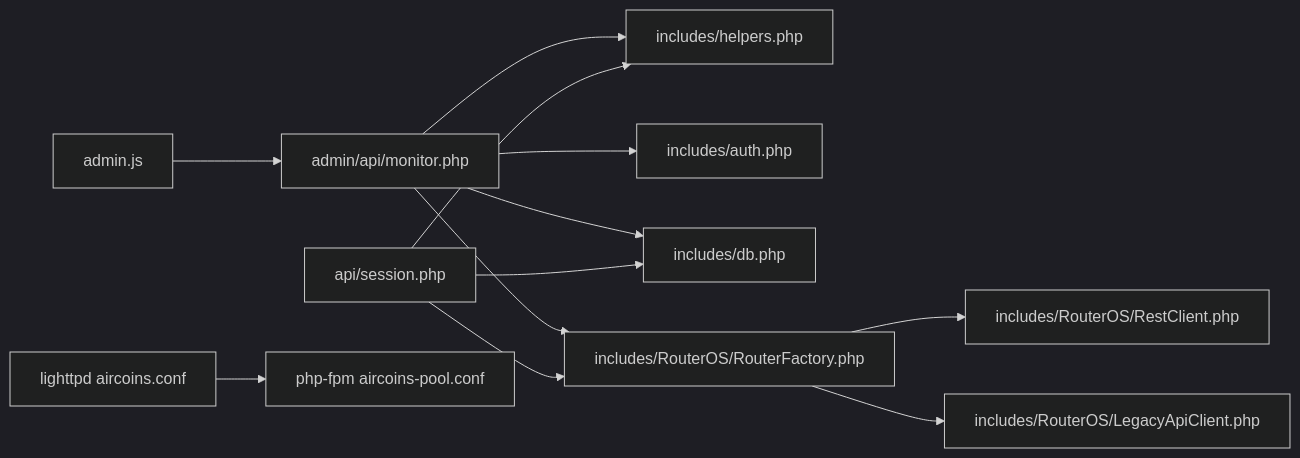
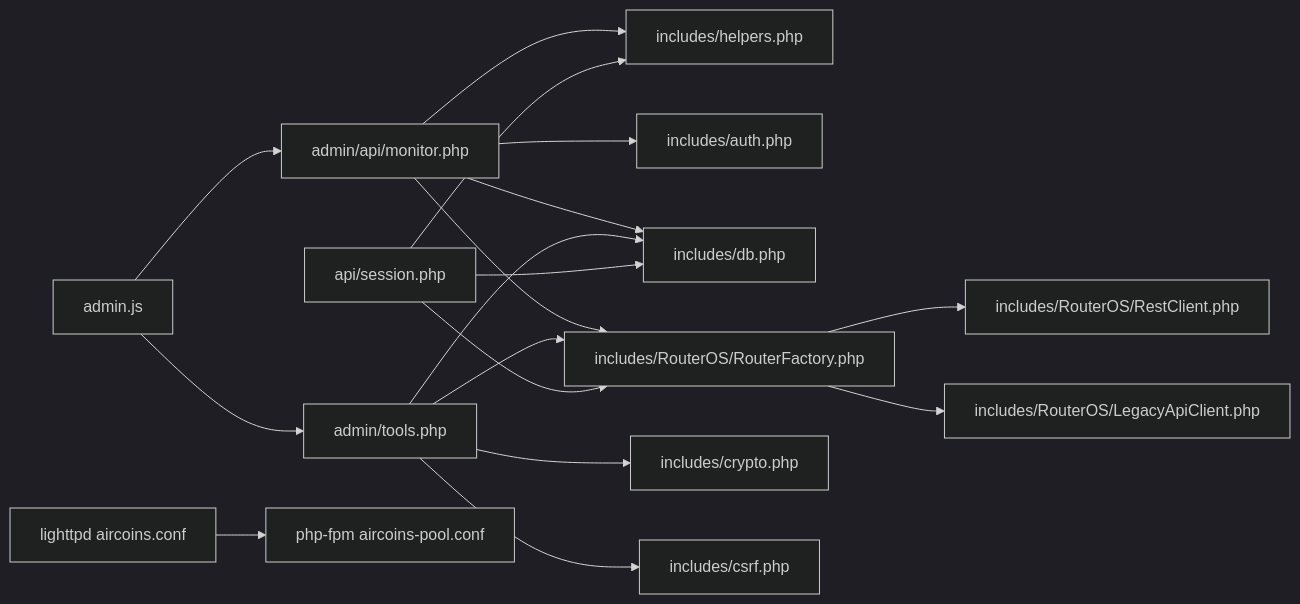
Before and after one commit to Djnirds1984/MT-CONTROLLER-PISOWIFI: the eighth of 8 diagrams in .qoder/repowiki/en/content/Troubleshooting & Maintenance/Diagnostic Tools & Techniques.md, drawn with Mermaid (dark theme). The commit also changed other lines of this file and 45 other files, not shown here.

````diff
--- a/.qoder/repowiki/en/content/Troubleshooting & Maintenance/Diagnostic Tools & Techniques.md
+++ b/.qoder/repowiki/en/content/Troubleshooting & Maintenance/Diagnostic Tools & Techniques.md
@@ -361,14 +452,19 @@
 ```mermaid
 graph LR
 AdminJS["admin.js"] --> MonitorAPI["admin/api/monitor.php"]
+AdminJS --> ToolsAPI["admin/tools.php"]
 MonitorAPI --> Helpers["includes/helpers.php"]
 MonitorAPI --> Auth["includes/auth.php"]
 MonitorAPI --> DB["includes/db.php"]
 MonitorAPI --> Factory["includes/RouterOS/RouterFactory.php"]
+ToolsAPI --> Crypto["includes/crypto.php"]
+ToolsAPI --> CSRF["includes/csrf.php"]
+ToolsAPI --> DB
+ToolsAPI --> Factory
 SessionAPI["api/session.php"] --> Helpers
 SessionAPI --> DB
 SessionAPI --> Factory
 Factory --> Rest["includes/RouterOS/RestClient.php"]
 Factory --> Legacy["includes/RouterOS/LegacyApiClient.php"]
 Lighty["lighttpd aircoins.conf"] --> FPM["php-fpm aircoins-pool.conf"]
 ```
````
